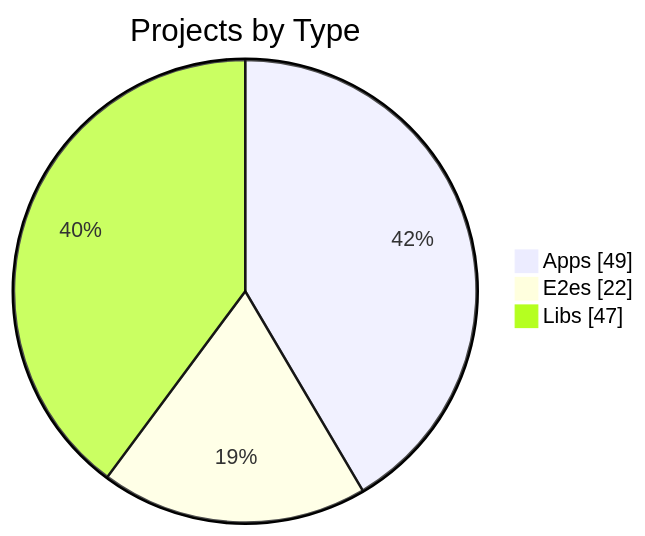
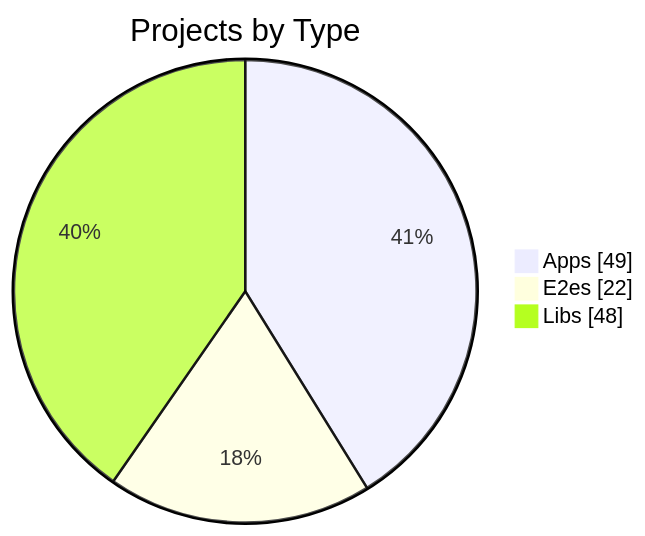
Before and after one commit to KBVE/kbve: the first of 3 diagrams in apps/kbve/astro-kbve/src/content/docs/dashboard/graph.mdx, drawn with Mermaid. The commit also changed other lines of this file and 8 other files, not shown here.

````diff
--- a/apps/kbve/astro-kbve/src/content/docs/dashboard/graph.mdx
+++ b/apps/kbve/astro-kbve/src/content/docs/dashboard/graph.mdx
@@ -56,7 +56,7 @@
 ```mermaid
 pie showData
     title Projects by Type
     "Apps" : 49
     "E2es" : 22
-    "Libs" : 47
+    "Libs" : 48
 ```
````
